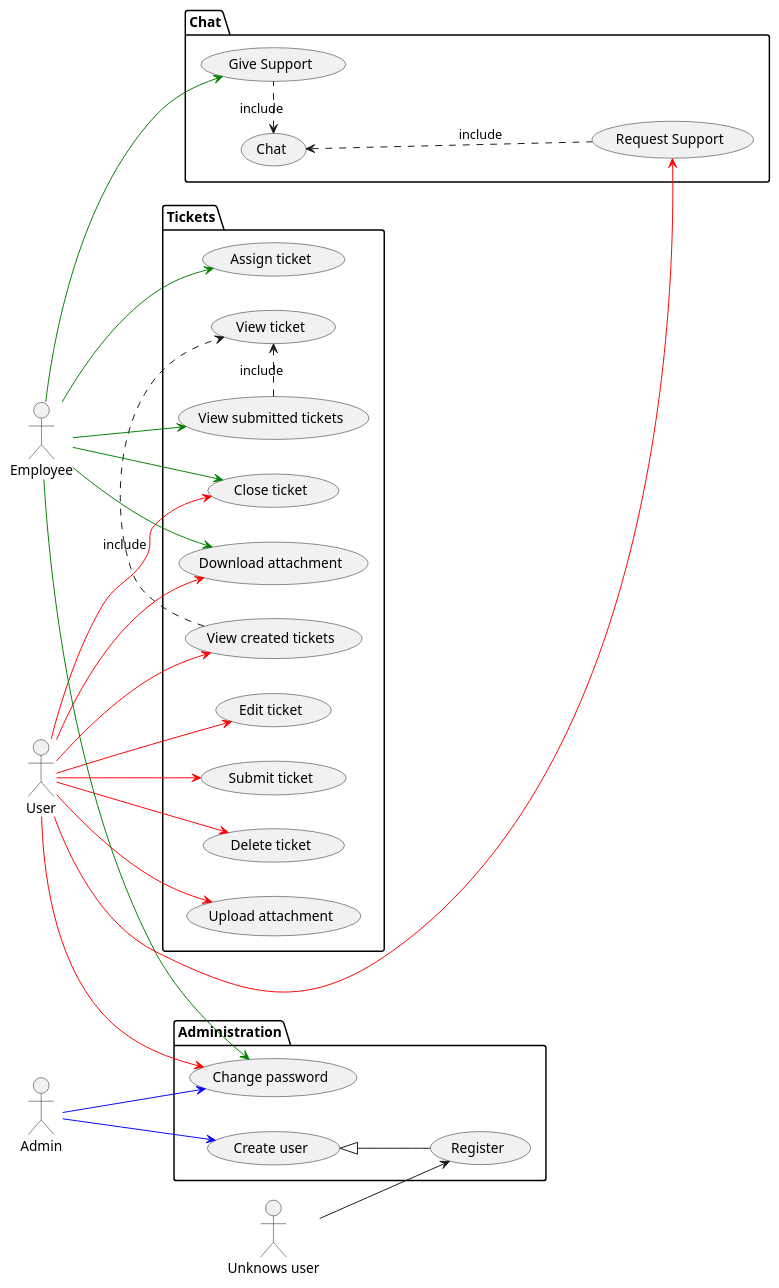
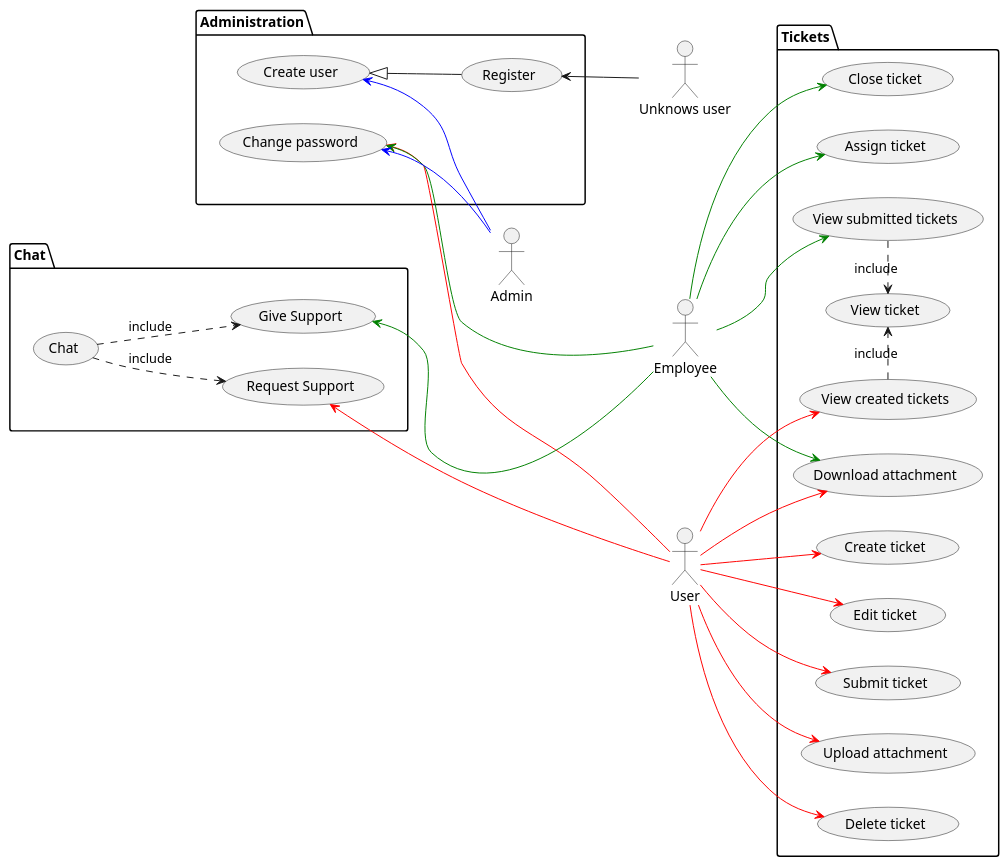
Before and after one commit to SoManyBisela/java-webserver: the diagram in docs/diagrams/sampleapp/use-case-diagram.puml, drawn with PlantUML.

Commit message:
fighting with use case diagram positioning

```diff
--- a/docs/diagrams/sampleapp/use-case-diagram.puml
+++ b/docs/diagrams/sampleapp/use-case-diagram.puml
@@ -1,69 +1,78 @@
 @startuml
 'https://plantuml.com/use-case-diagram
 
 :Admin: as ADM
 :Unknows user: as UUSR
 :User: as USR
 :Employee: as EMP
 
 package "Chat" {
-    (Chat) as (Cht)
+    (Chat) as (CHT)
     (Request Support) as (RS)
     (Give Support) as (GS)
 
-    (GS) .-left-> (Cht):include
-    (RS) .-up-> (Cht):include
+    (CHT) .-> (GS):include
+    (CHT) .-> (RS):include
 }
 
 package "Tickets" {
     (View created tickets) as (VCT)
     (Create ticket) as (CT)
     (Edit ticket) as (ET)
     (Submit ticket) as (ST)
     (Delete ticket) as (DT)
     (Upload attachment) as (UA)
 
     (Download attachment) as (DA)
 
     (View submitted tickets) as (VST)
     (Assign ticket) as (AT)
-    (Close ticket) as (CT)
+    (Close ticket) as (CST)
 
     (View ticket) as (VT)
 
     (VCT) .> (VT):include
     (VST) .> (VT):include
 }
 
 package "Administration" {
     (Register) as (REG)
     (Create user) as (UCRT)
     (Change password) as (CP)
+
     (UCRT) <|-- (REG)
 }
 
+
 left to right direction
-UUSR --> (REG)
 
-USR --> (VCT) #line:red
-USR --> (CT) #line:red
-USR --> (ET)#line:red
-USR --> (ST)#line:red
-USR --> (DT)#line:red
-USR --> (UA)#line:red
+USR -> (VCT) #line:red
+USR -> (CT) #line:red
+USR -> (ET)#line:red
+USR -> (ST)#line:red
+USR -> (DT)#line:red
+USR -> (UA)#line:red
 
 USR --> (DA)#line:red
 EMP --> (DA)#line:green
-USR --> (CP)#line:red
-EMP --> (CP)#line:green
+USR -left-> (CP)#line:red
+EMP -left-> (CP)#line:green
 
 EMP --> (VST)#line:green
 EMP --> (AT)#line:green
-EMP --> (CT)#line:green
+EMP --> (CST)#line:green
 
-ADM --> (UCRT)#line:blue
-ADM --> (CP)#line:blue
+(UCRT) <-- ADM #line:blue
+(CP) <-- ADM #line:blue
+(REG) <-- UUSR
 
-USR --> (RS)#line:red
-EMP --> (GS)#line:green
+USR -up-> (RS)#line:red
+EMP -up-> (GS)#line:green
+
+'following instructions are for positioning
+"Chat" -[hidden]-> "Administration"
+"Chat" -[hidden]-> "Administration"
+"Chat" -[hidden]-> "Administration"
+UUSR -[hidden]- (CST)
+
 @enduml
```
